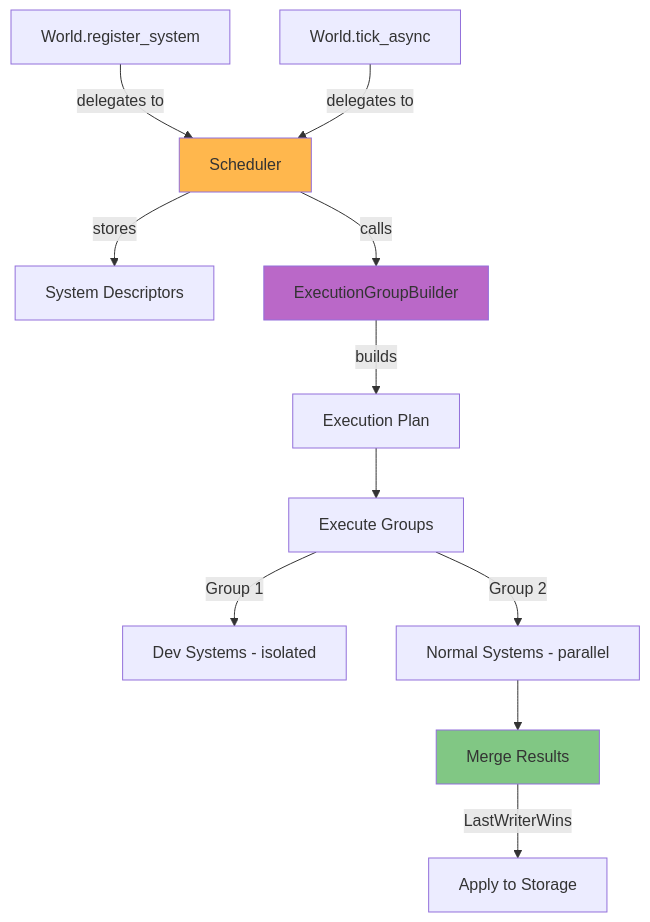
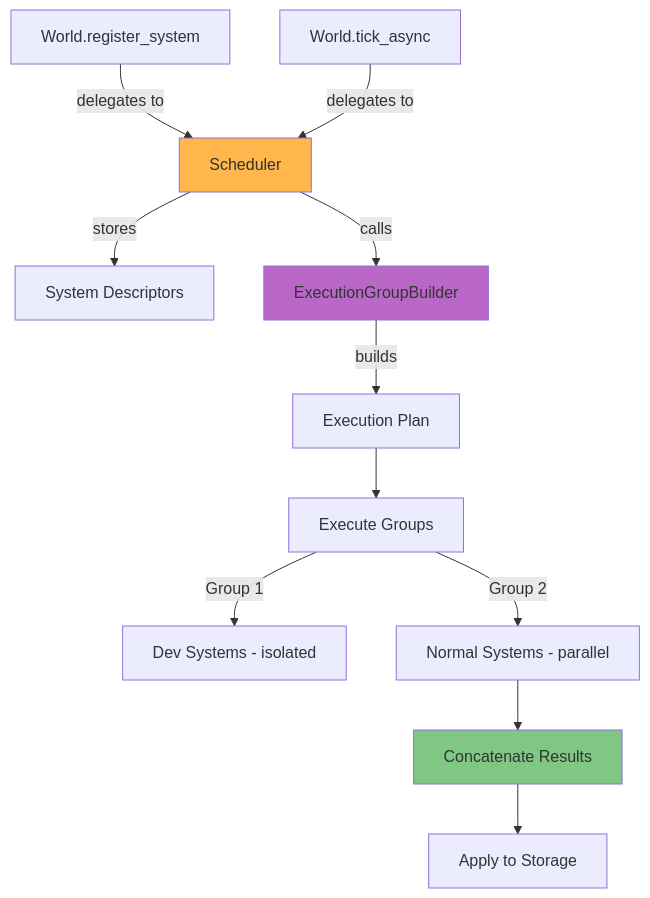
The first of 3 diagrams in docs/system/scheduling.md (extensivelabs/agentecs), drawn with Mermaid before and after one commit. The commit also changed other lines of this file and 26 other files, not shown here.

````diff
--- a/docs/system/scheduling.md
+++ b/docs/system/scheduling.md
@@ -17,20 +17,20 @@
 ```mermaid
 graph TD
     A[World.register_system] -->|delegates to| B[Scheduler]
     B -->|stores| C[System Descriptors]
 
     D[World.tick_async] -->|delegates to| B
     B -->|calls| E[ExecutionGroupBuilder]
     E -->|builds| F[Execution Plan]
 
     F --> G[Execute Groups]
     G -->|Group 1| H[Dev Systems - isolated]
     G -->|Group 2| I[Normal Systems - parallel]
 
-    I --> J[Merge Results]
-    J -->|LastWriterWins| K[Apply to Storage]
+    I --> J[Concatenate Results]
+    J --> K[Apply to Storage]
 
     style B fill:#ffb74d
     style E fill:#ba68c8
     style J fill:#81c784
 ```
````
